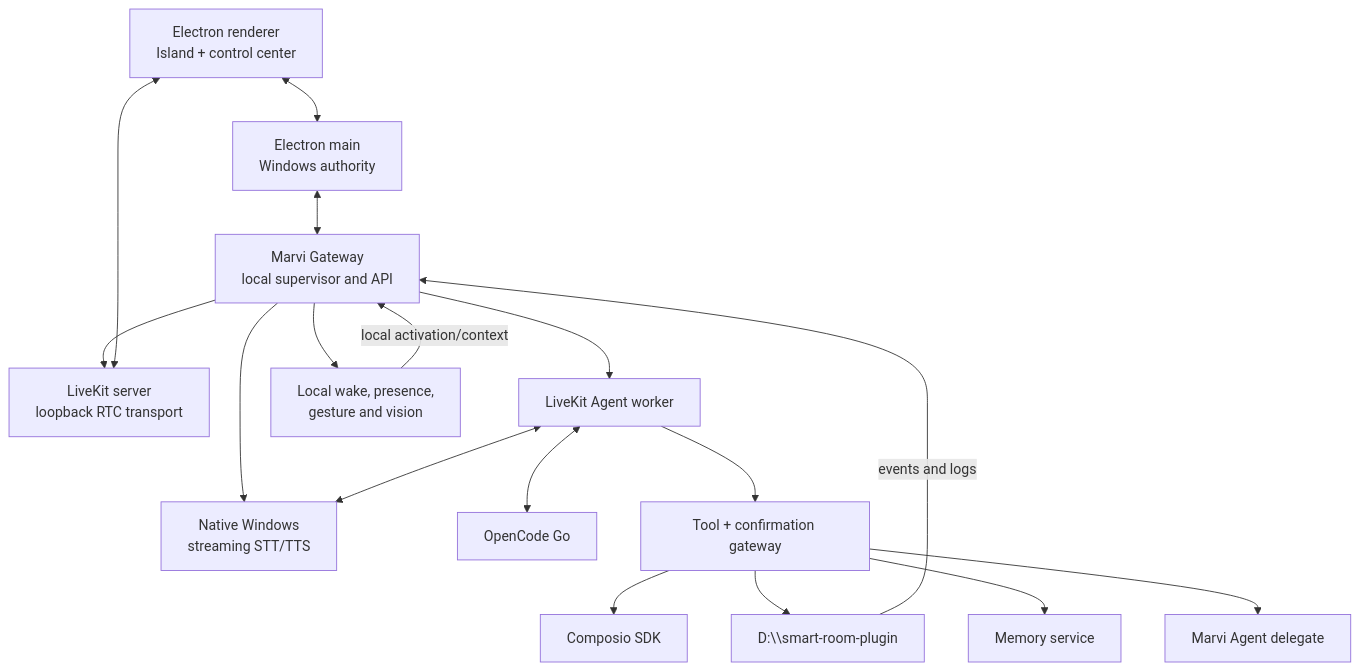
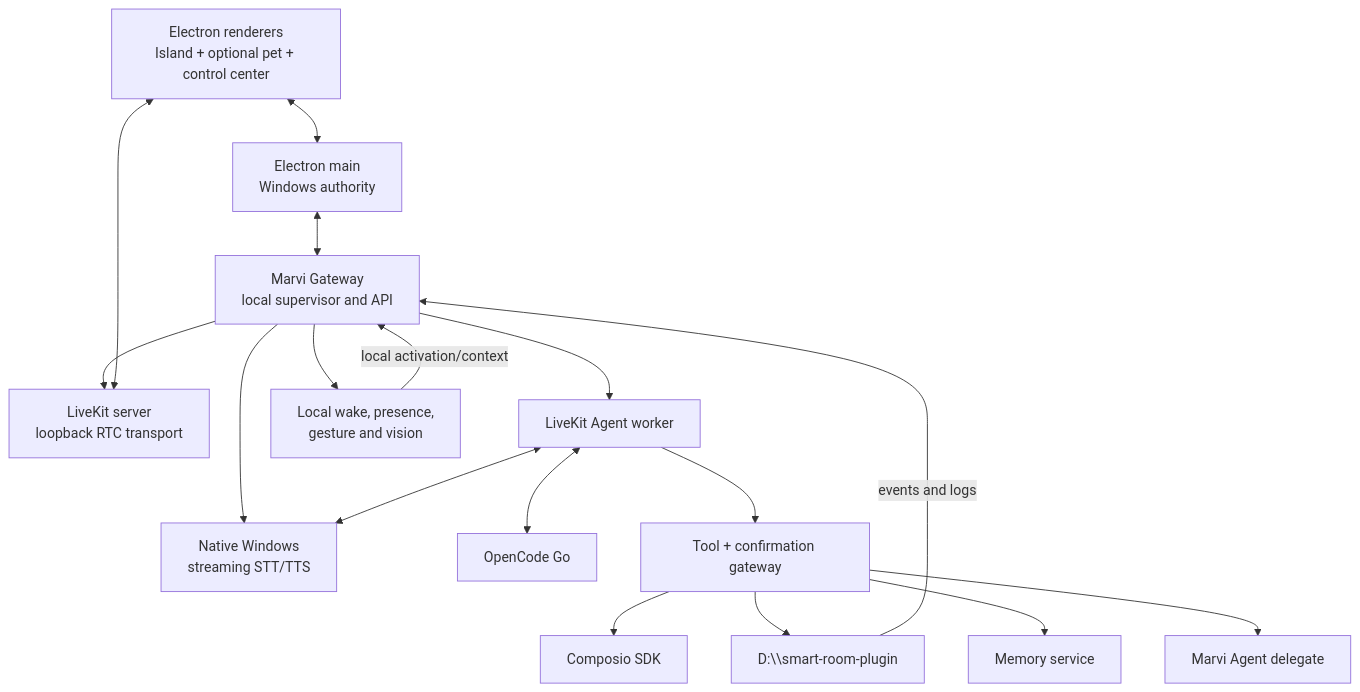
Before and after one commit to xRetr00/Marvi-OS: the diagram in docs/ARCHITECTURE.md, drawn with Mermaid. The commit also changed other lines of this file and 19 other files, not shown here.

````diff
--- a/docs/ARCHITECTURE.md
+++ b/docs/ARCHITECTURE.md
@@ -11,33 +11,33 @@
 ```mermaid
 flowchart TB
-    UI["Electron renderer<br/>Island + control center"]
+    UI["Electron renderers<br/>Island + optional pet + control center"]
     Main["Electron main<br/>Windows authority"]
     Gateway["Marvi Gateway<br/>local supervisor and API"]
     LK["LiveKit server<br/>loopback RTC transport"]
     Agent["LiveKit Agent worker"]
     Voice["Native Windows<br/>streaming STT/TTS"]
     Sensors["Local wake, presence,<br/>gesture and vision"]
     LLM["OpenCode Go"]
     Tools["Tool + confirmation gateway"]
     Composio["Composio SDK"]
     Room["D:\\smart-room-plugin"]
     Memory["Memory service"]
     Deep["Marvi Agent delegate"]
 
     UI <--> Main
     Main <--> Gateway
     Gateway --> LK
     Gateway --> Agent
     Gateway --> Voice
     Gateway --> Sensors
     UI <--> LK
     Agent <--> Voice
     Agent <--> LLM
     Agent --> Tools
     Tools --> Composio
     Tools --> Room
     Tools --> Memory
     Tools --> Deep
     Room -->|events and logs| Gateway
     Sensors -->|local activation/context| Gateway
 ```
````
